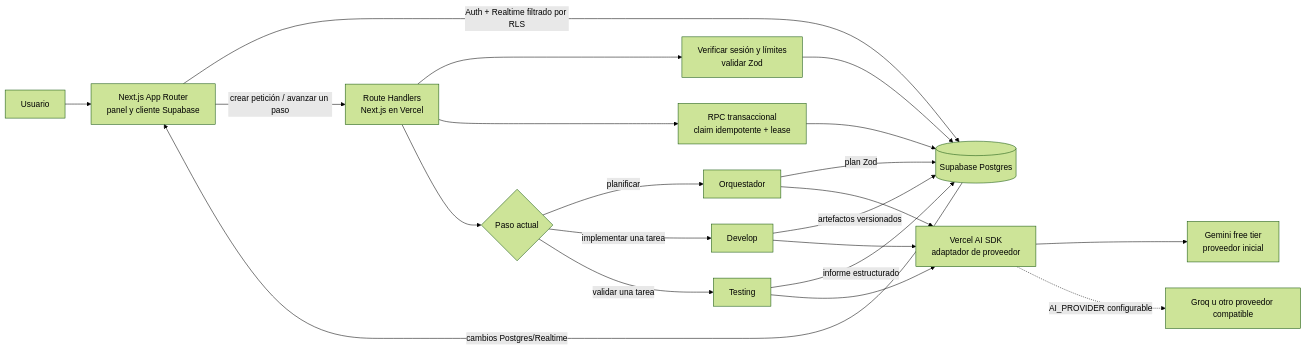
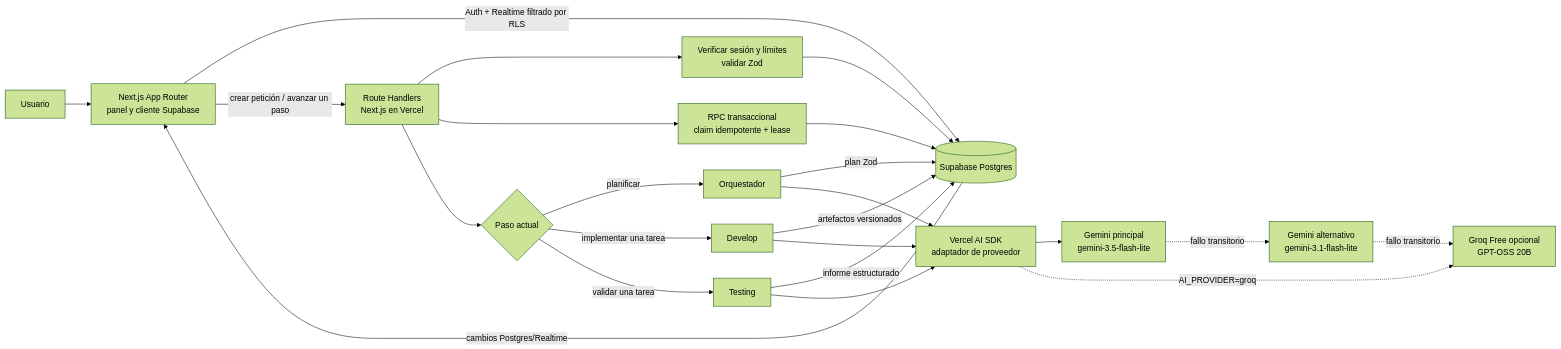
The first of 2 diagrams in docs/ARQUITECTURA.md (juanrguezmoreno/equipo-agentes-ia), drawn with Mermaid (forest theme) before and after one commit. The commit also changed other lines of this file and 36 other files, not shown here.

````diff
--- a/docs/ARQUITECTURA.md
+++ b/docs/ARQUITECTURA.md
@@ -23,23 +23,25 @@
 ```mermaid
 flowchart LR
   U[Usuario] --> UI[Next.js App Router<br/>panel y cliente Supabase]
   UI -->|Auth + Realtime filtrado por RLS| DB[(Supabase Postgres)]
   UI -->|crear petición / avanzar un paso| API[Route Handlers<br/>Next.js en Vercel]
   API --> AUTH[Verificar sesión y límites<br/>validar Zod]
   AUTH --> DB
   API --> CLAIM[RPC transaccional<br/>claim idempotente + lease]
   CLAIM --> DB
   API --> AGENT{Paso actual}
   AGENT -->|planificar| ORQ[Orquestador]
   AGENT -->|implementar una tarea| DEV[Develop]
   AGENT -->|validar una tarea| TEST[Testing]
   ORQ -->|plan Zod| DB
   DEV -->|artefactos versionados| DB
   TEST -->|informe estructurado| DB
   ORQ --> SDK[Vercel AI SDK<br/>adaptador de proveedor]
   DEV --> SDK
   TEST --> SDK
-  SDK --> GEM[Gemini free tier<br/>proveedor inicial]
-  SDK -. AI_PROVIDER configurable .-> OTHER[Groq u otro proveedor compatible]
+  SDK --> GEM[Gemini principal<br/>gemini-3.5-flash-lite]
+  GEM -. fallo transitorio .-> GEM2[Gemini alternativo<br/>gemini-3.1-flash-lite]
+  GEM2 -. fallo transitorio .-> GROQ[Groq Free opcional<br/>GPT-OSS 20B]
+  SDK -. AI_PROVIDER=groq .-> GROQ
   DB -->|cambios Postgres/Realtime| UI
 ```
````
